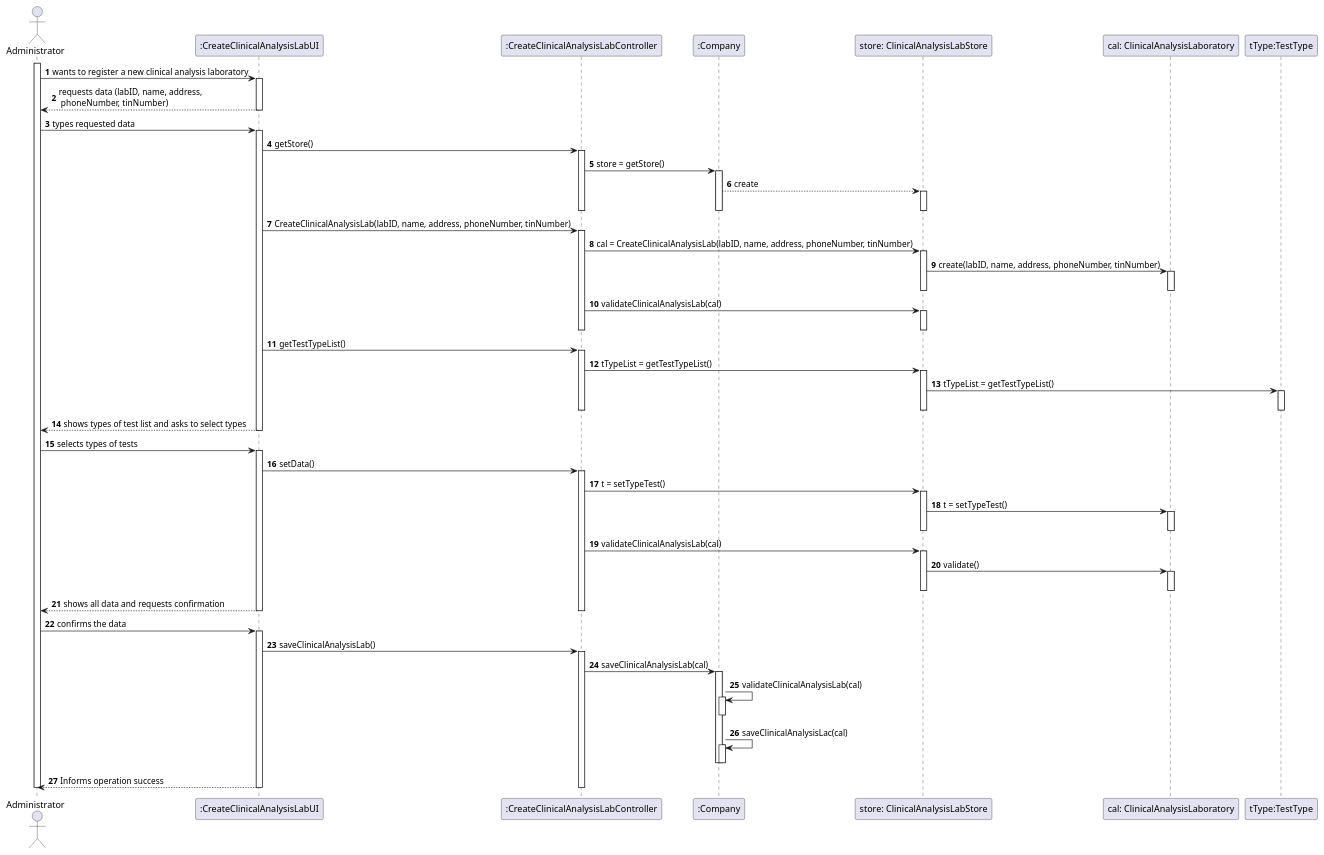
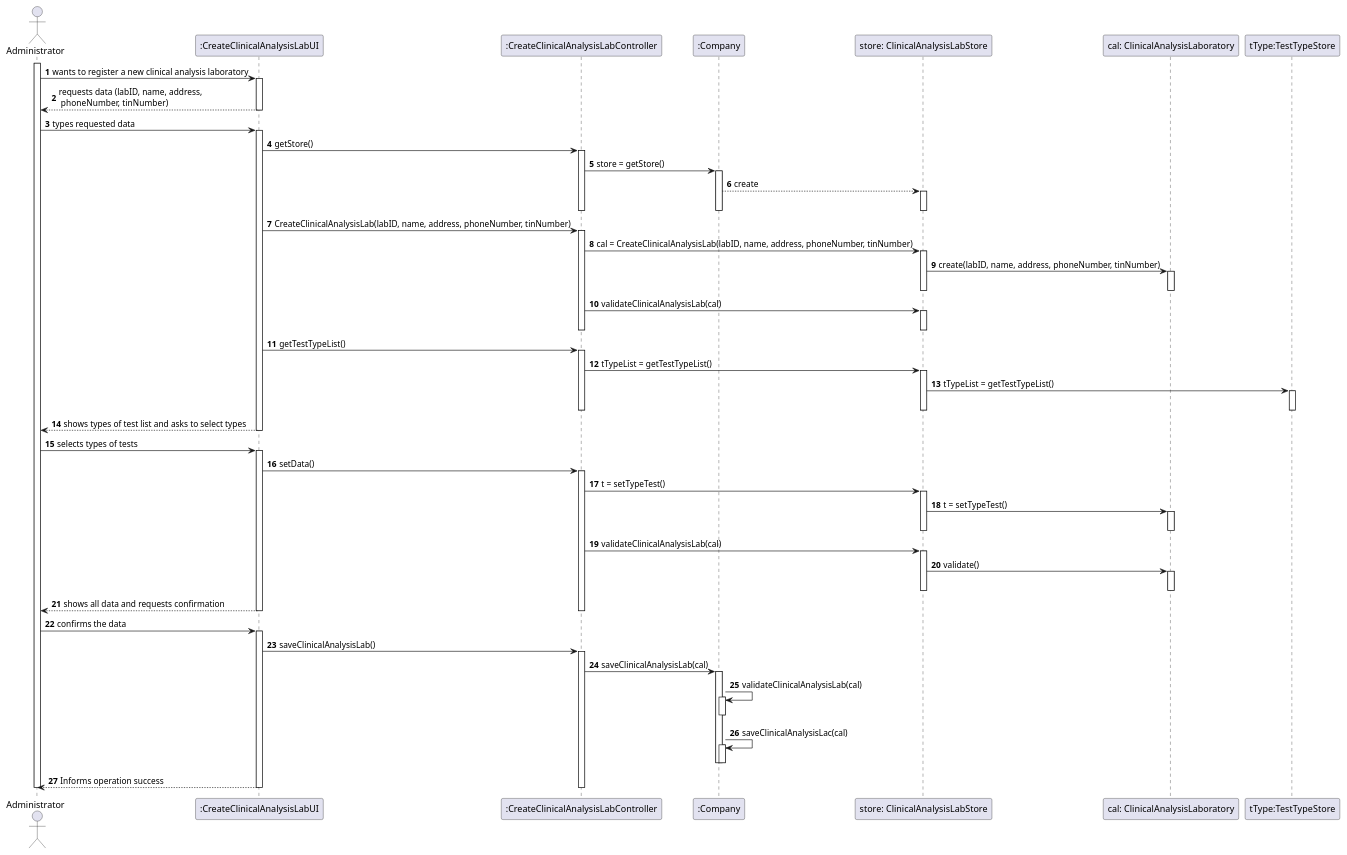
One commit to MarianaCLages/LAPR2 changed the diagram in docs/SprintB/US08/US8_SD.puml. Above: the diagram before and after it, drawn with PlantUML. The commit also changed 2 other files, not shown here.

```diff
--- a/docs/SprintB/US08/US8_SD.puml
+++ b/docs/SprintB/US08/US8_SD.puml
@@ -1,92 +1,92 @@
 @startuml
 'https://plantuml.com/sequence-diagram
 autonumber
 actor Administrator as A
 participant ":CreateClinicalAnalysisLabUI" as UI
 participant ":CreateClinicalAnalysisLabController" as CTRL
 participant ":Company" as C
 participant "store: ClinicalAnalysisLabStore" as STO
 participant "cal: ClinicalAnalysisLaboratory" as CAL
-participant "tType:TestType" as TT
+participant "tType:TestTypeStore" as TT
 
 activate A
 A -> UI: wants to register a new clinical analysis laboratory
 activate UI
 UI --> A: requests data (labID, name, address,\n phoneNumber, tinNumber)
 deactivate UI
 A -> UI: types requested data
 activate UI
 UI -> CTRL : getStore()
 activate CTRL
 CTRL -> C: store = getStore()
 activate C
 C --> STO: create
 activate STO
 deactivate STO
 deactivate C
 deactivate CTRL
 
 UI -> CTRL : CreateClinicalAnalysisLab(labID, name, address, phoneNumber, tinNumber)
 activate CTRL
 CTRL -> STO: cal = CreateClinicalAnalysisLab(labID, name, address, phoneNumber, tinNumber)
 activate STO
 STO -> CAL : create(labID, name, address, phoneNumber, tinNumber)
 activate CAL
 deactivate CAL
 deactivate STO
 CTRL -> STO: validateClinicalAnalysisLab(cal)
 activate STO
 deactivate STO
 deactivate CTRL
 UI -> CTRL: getTestTypeList()
 activate CTRL
 CTRL -> STO : tTypeList = getTestTypeList()
 activate STO
 STO->TT: tTypeList = getTestTypeList()
 activate TT
 deactivate TT
 deactivate STO
 deactivate CTRL
 
 UI --> A: shows types of test list and asks to select types
 deactivate C
 deactivate CTRL
 deactivate UI
 A -> UI: selects types of tests
 activate UI
 UI -> CTRL: setData()
 activate CTRL
 CTRL -> STO: t = setTypeTest()
 activate STO
 STO -> CAL: t = setTypeTest()
 activate CAL
 deactivate CAL
 deactivate STO
 deactivate C
 CTRL -> STO: validateClinicalAnalysisLab(cal)
 activate STO
 STO -> CAL : validate()
 activate CAL
 deactivate CAL
 deactivate STO
 UI --> A: shows all data and requests confirmation
 deactivate CTRL
 deactivate UI
 A -> UI: confirms the data
 activate UI
 UI-> CTRL : saveClinicalAnalysisLab()
 activate CTRL
 CTRL -> C: saveClinicalAnalysisLab(cal)
 activate C
 C -> C : validateClinicalAnalysisLab(cal)
 activate C
 deactivate C
 C -> C : saveClinicalAnalysisLac(cal)
 activate C
 deactivate C
 deactivate C
 UI --> A : Informs operation success
 deactivate CTRL
 deactivate UI
 deactivate A
 @enduml
```
